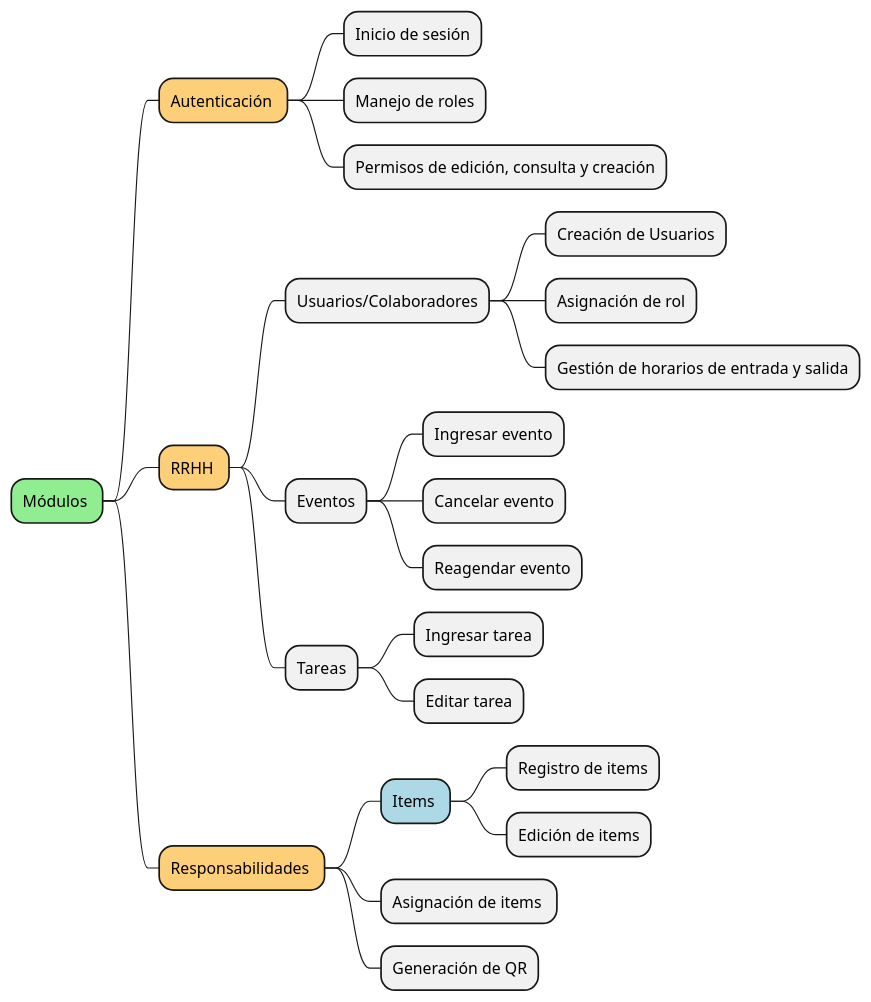
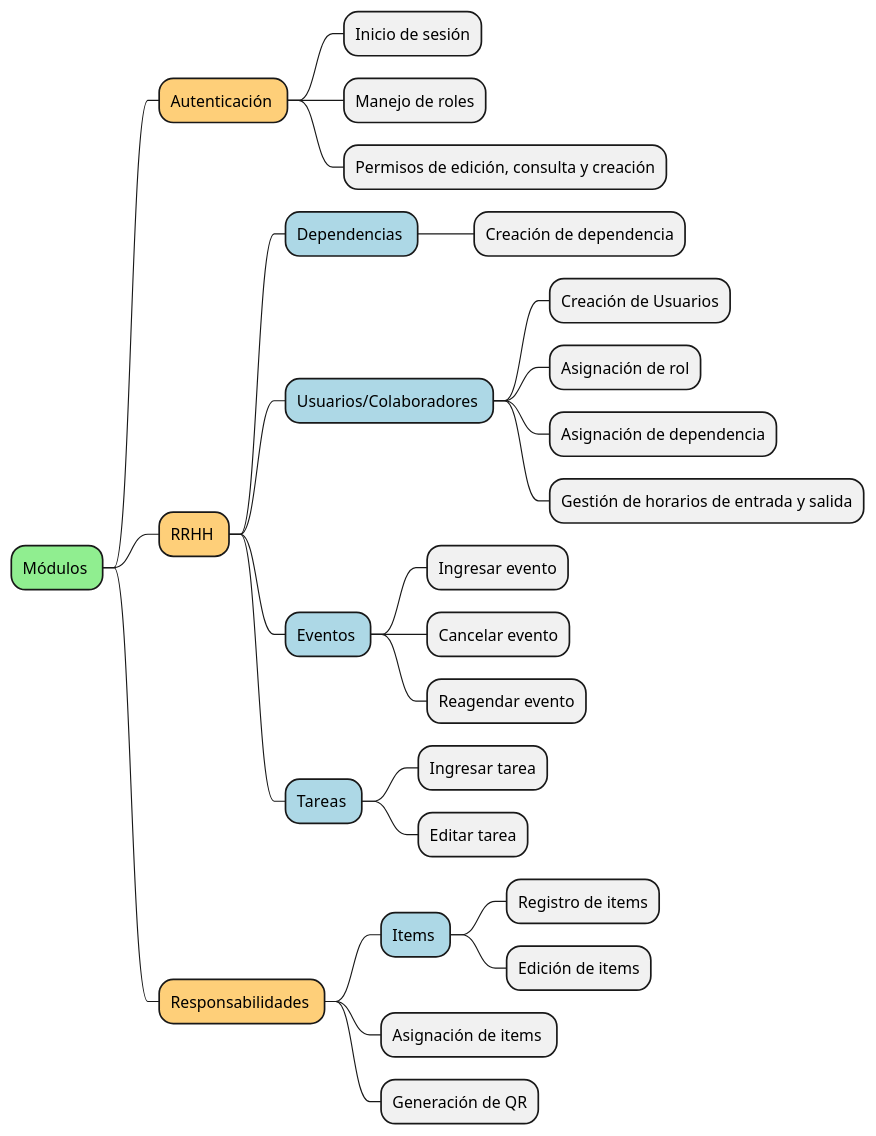
Before and after one commit to JuanVicGT/Responsabilidades: the diagram in docs/Contexts/DC 3 - Modulos.plantuml, drawn with PlantUML. The commit also changed 8 other files, not shown here.

```diff
--- a/docs/Contexts/DC 3 - Modulos.plantuml
+++ b/docs/Contexts/DC 3 - Modulos.plantuml
@@ -1,53 +1,56 @@
 @startmindmap "Diagrama de contexto 3 - Planteamiento de módulos"
 
 <style>
 mindmapDiagram {
     .green {
         BackgroundColor lightgreen
     }
     .rose {
         BackgroundColor #FFBBCC
     }
     .blue {
         BackgroundColor lightblue
     }
     .yellow {
         BackgroundColor lightyellow
     }
     .orange {
         BackgroundColor #FECF79
     }
     .white {
         BackgroundColor white
     }
 }
 </style>
 
 * Módulos <<green>>
 
 ++ Autenticación <<orange>>
 +++ Inicio de sesión
 +++ Manejo de roles
 +++ Permisos de edición, consulta y creación
 
 ++ RRHH <<orange>>
-+++ Usuarios/Colaboradores
++++ Dependencias <<blue>>
+++++ Creación de dependencia
++++ Usuarios/Colaboradores <<blue>>
 ++++ Creación de Usuarios
 ++++ Asignación de rol
+++++ Asignación de dependencia
 ++++ Gestión de horarios de entrada y salida
-+++ Eventos
++++ Eventos <<blue>>
 ++++ Ingresar evento
 ++++ Cancelar evento
 ++++ Reagendar evento
-+++ Tareas
++++ Tareas <<blue>>
 ++++ Ingresar tarea
 ++++ Editar tarea
 
 ++ Responsabilidades <<orange>>
 +++ Items <<blue>>
 ++++ Registro de items
 ++++ Edición de items
 +++ Asignación de items 
 +++ Generación de QR
 
 @endmindmap
```
